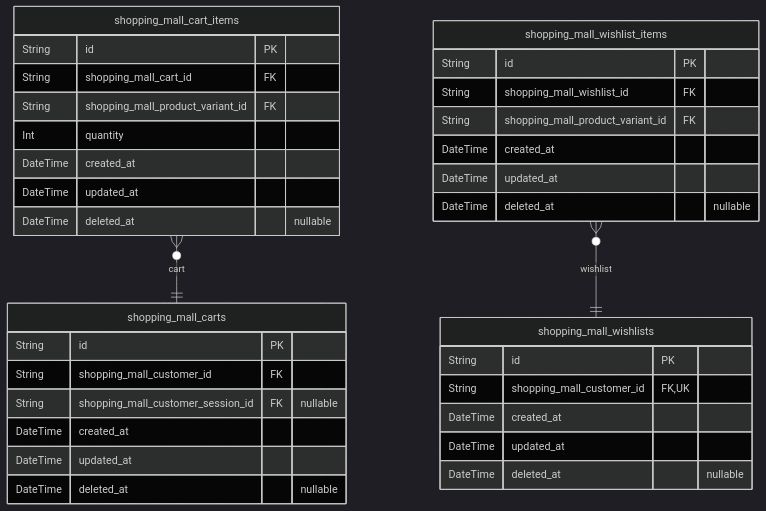
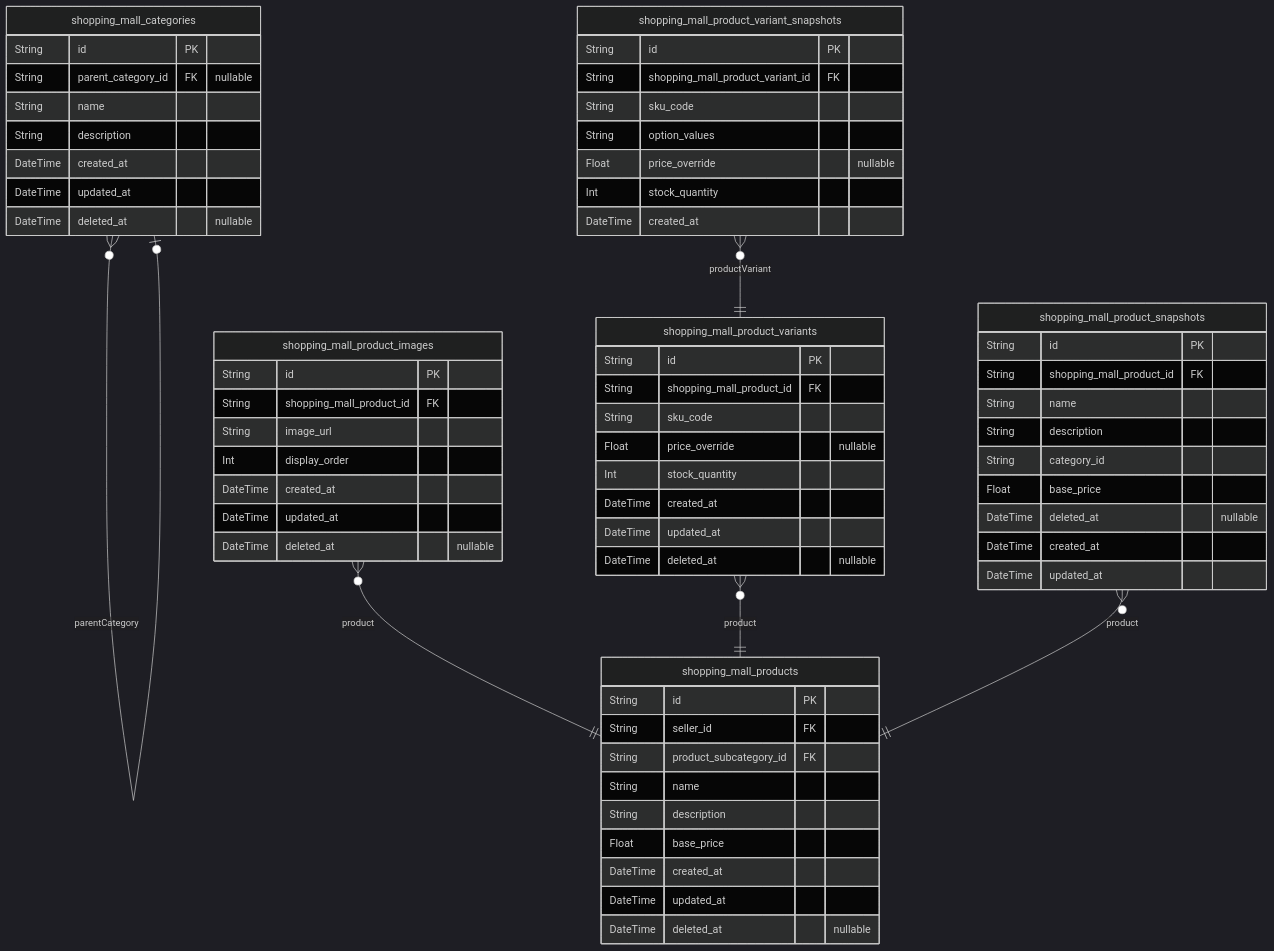
One commit to wrtnlabs/autobe-examples changed the third of 10 diagrams in openai/gpt-4.1-mini/shopping/docs/ERD.md. Above: the diagram before and after it, drawn with Mermaid (dark theme). The commit also changed other lines of this file and 23872 other files, not shown here.

````diff
--- a/openai/gpt-4.1-mini/shopping/docs/ERD.md
+++ b/openai/gpt-4.1-mini/shopping/docs/ERD.md
@@ -482,37 +667,67 @@
 ```mermaid
 erDiagram
-"shopping_mall_carts" {
+"shopping_mall_categories" {
   String id PK
-  String shopping_mall_customer_id FK
-  String shopping_mall_customer_session_id FK "nullable"
+  String parent_category_id FK "nullable"
+  String name
+  String description
   DateTime created_at
   DateTime updated_at
   DateTime deleted_at "nullable"
 }
-"shopping_mall_cart_items" {
+"shopping_mall_products" {
   String id PK
-  String shopping_mall_cart_id FK
-  String shopping_mall_product_variant_id FK
-  Int quantity
+  String seller_id FK
+  String product_subcategory_id FK
+  String name
+  String description
+  Float base_price
   DateTime created_at
   DateTime updated_at
   DateTime deleted_at "nullable"
 }
-"shopping_mall_wishlists" {
+"shopping_mall_product_images" {
   String id PK
-  String shopping_mall_customer_id FK,UK
+  String shopping_mall_product_id FK
+  String image_url
+  Int display_order
   DateTime created_at
   DateTime updated_at
   DateTime deleted_at "nullable"
 }
-"shopping_mall_wishlist_items" {
+"shopping_mall_product_variants" {
   String id PK
-  String shopping_mall_wishlist_id FK
-  String shopping_mall_product_variant_id FK
+  String shopping_mall_product_id FK
+  String sku_code
+  Float price_override "nullable"
+  Int stock_quantity
   DateTime created_at
   DateTime updated_at
   DateTime deleted_at "nullable"
 }
-"shopping_mall_cart_items" }o--|| "shopping_mall_carts" : cart
-"shopping_mall_wishlist_items" }o--|| "shopping_mall_wishlists" : wishlist
+"shopping_mall_product_snapshots" {
+  String id PK
+  String shopping_mall_product_id FK
+  String name
+  String description
+  String category_id
+  Float base_price
+  DateTime deleted_at "nullable"
+  DateTime created_at
+  DateTime updated_at
+}
+"shopping_mall_product_variant_snapshots" {
+  String id PK
+  String shopping_mall_product_variant_id FK
+  String sku_code
+  String option_values
+  Float price_override "nullable"
+  Int stock_quantity
+  DateTime created_at
+}
+"shopping_mall_categories" }o--o| "shopping_mall_categories" : parentCategory
+"shopping_mall_product_images" }o--|| "shopping_mall_products" : product
+"shopping_mall_product_variants" }o--|| "shopping_mall_products" : product
+"shopping_mall_product_snapshots" }o--|| "shopping_mall_products" : product
+"shopping_mall_product_variant_snapshots" }o--|| "shopping_mall_product_variants" : productVariant
 ```
````
